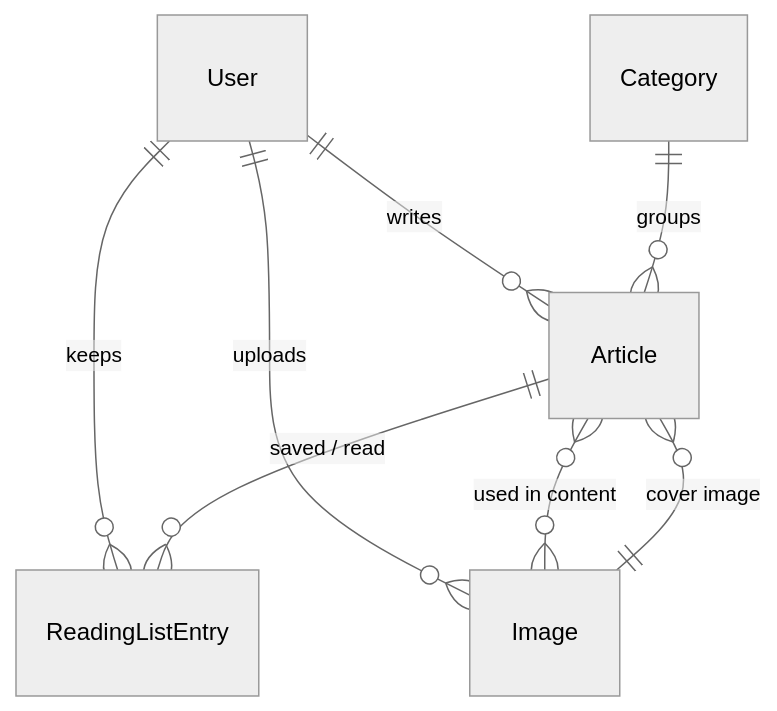
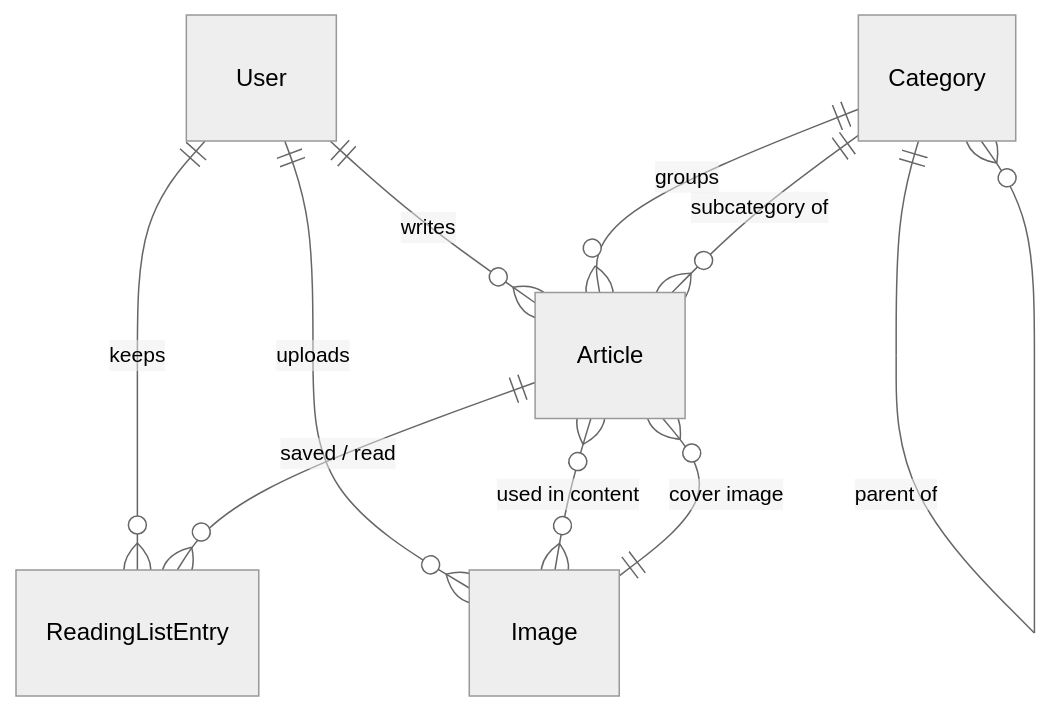
The second of 2 diagrams in PROJECT_CONTEXT.md (MishaK1205/epoch-back), drawn with Mermaid (neutral theme) before and after one commit. The commit also changed other lines of this file and 21 other files, not shown here.

````diff
--- a/PROJECT_CONTEXT.md
+++ b/PROJECT_CONTEXT.md
@@ -197,10 +204,12 @@
 ```mermaid
 erDiagram
   User ||--o{ ReadingListEntry : keeps
   Article ||--o{ ReadingListEntry : "saved / read"
   User ||--o{ Article : writes
   User ||--o{ Image : uploads
   Category ||--o{ Article : groups
+  Category ||--o{ Category : "parent of"
+  Category ||--o{ Article : "subcategory of"
   Image ||--o{ Article : "cover image"
   Article }o--o{ Image : "used in content"
 ```
````
